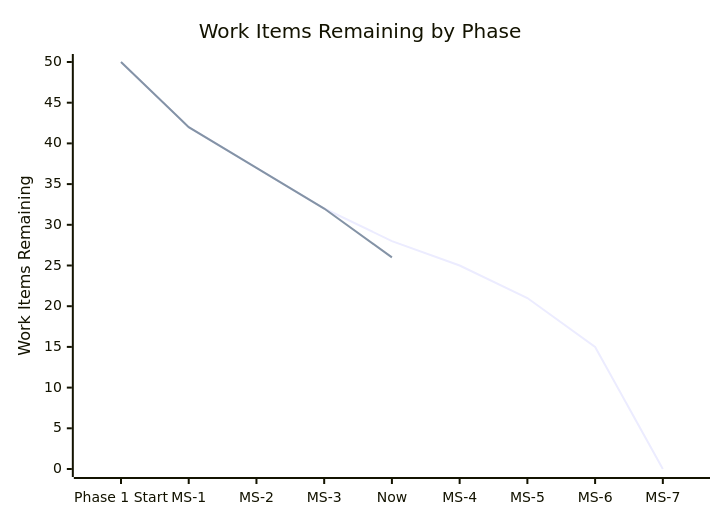
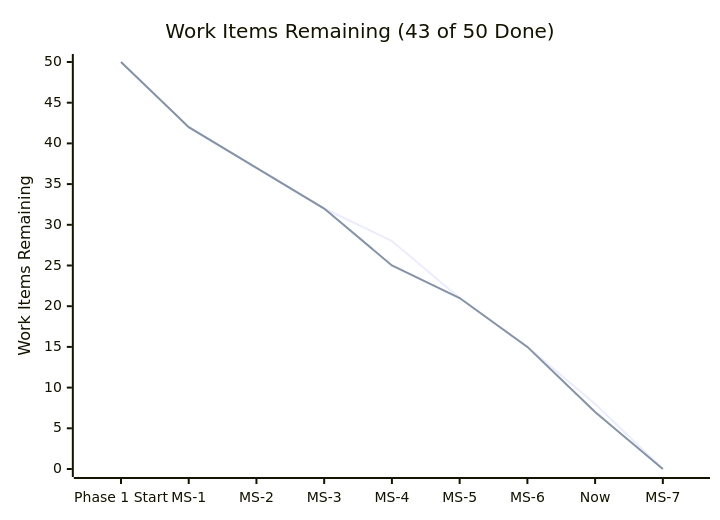
One commit to policy-forge/forge changed the sixth of 7 diagrams in docs/FORGE_PRODUCT_ROADMAP.md. Above: the diagram before and after it, drawn with Mermaid. The commit also changed other lines of this file and 3 other files, not shown here.

First line of the commit message:
chore: bump to v0.3.0, refresh roadmap to reflect actual completion state

````diff
--- a/docs/FORGE_PRODUCT_ROADMAP.md
+++ b/docs/FORGE_PRODUCT_ROADMAP.md
@@ -808,8 +622,8 @@
 ```mermaid
 xychart-beta
-    title "Work Items Remaining by Phase"
-    x-axis ["Phase 1 Start", "MS-1", "MS-2", "MS-3", "Now", "MS-4", "MS-5", "MS-6", "MS-7"]
+    title "Work Items Remaining (43 of 50 Done)"
+    x-axis ["Phase 1 Start", "MS-1", "MS-2", "MS-3", "MS-4", "MS-5", "MS-6", "Now", "MS-7"]
     y-axis "Work Items Remaining" 0 --> 50
-    line "Planned" [50, 42, 37, 32, 28, 25, 21, 15, 0]
-    line "Actual" [50, 42, 37, 32, 26]
+    line "Planned (original)" [50, 42, 37, 32, 28, 21, 15, 8, 0]
+    line "Actual (8 months ahead)" [50, 42, 37, 32, 25, 21, 15, 7, 0]
 ```
````
